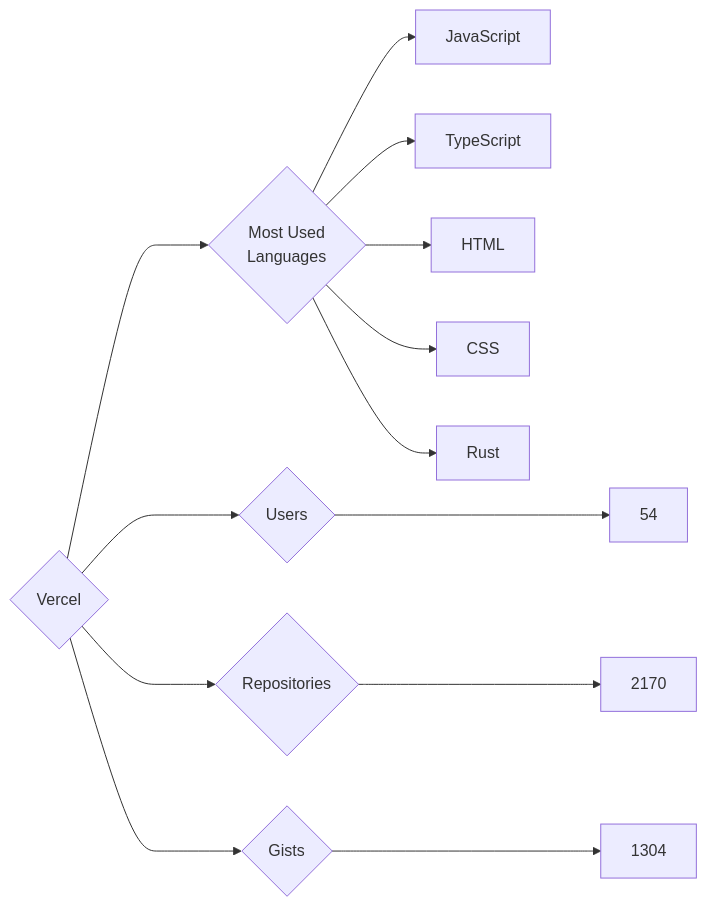
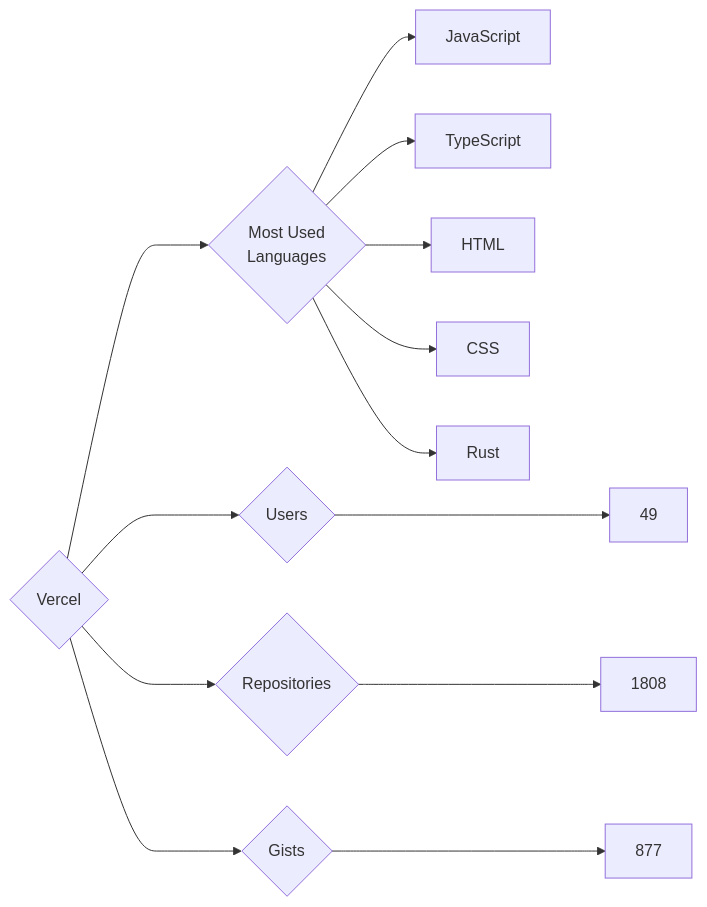
One commit to trickest/insiders changed the diagram in targets/Vercel/README.md. Above: the diagram before and after it, drawn with Mermaid. The commit also changed 928 other files, not shown here.

````diff
--- a/targets/Vercel/README.md
+++ b/targets/Vercel/README.md
@@ -3,13 +3,13 @@
 ```mermaid
 graph LR
 COMPANY_NAME{Vercel}
-COMPANY_NAME ---> U{Users} ---> UN[54]
-COMPANY_NAME ---> R{Repositories} ---> RN[2170]
-COMPANY_NAME ---> G{Gists} ---> GN[1304]
+COMPANY_NAME ---> U{Users} ---> UN[49]
+COMPANY_NAME ---> R{Repositories} ---> RN[1808]
+COMPANY_NAME ---> G{Gists} ---> GN[877]
 COMPANY_NAME ---> ML{Most Used<br>Languages}
 ML --> JavaScript[JavaScript]
 ML --> TypeScript[TypeScript]
 ML --> HTML[HTML]
 ML --> CSS[CSS]
 ML --> Rust[Rust]
 ```
````
